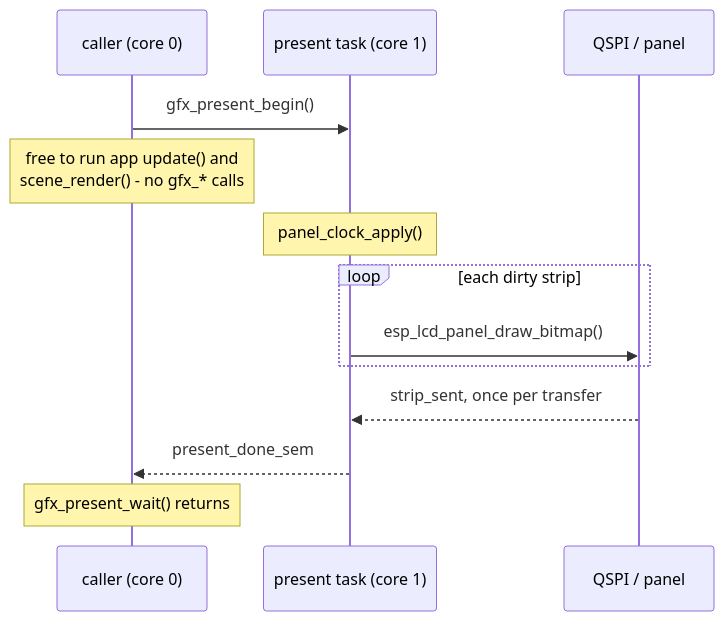
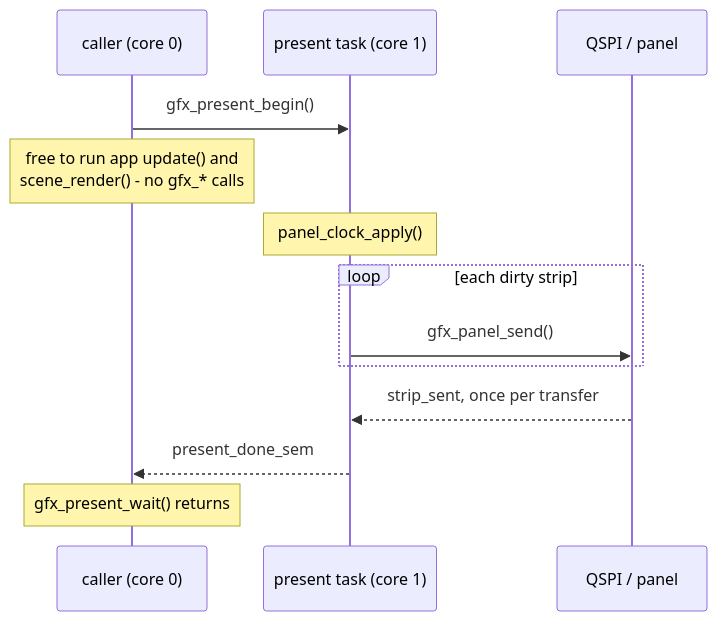
Before and after one commit to jose-villegas/autana: the third of 4 diagrams in docs/gfx/Present.md, drawn with Mermaid. The commit also changed other lines of this file and 21 other files, not shown here.

````diff
--- a/docs/gfx/Present.md
+++ b/docs/gfx/Present.md
@@ -44,15 +69,15 @@
 ```mermaid
 sequenceDiagram
     participant C as caller (core 0)
     participant P as present task (core 1)
     participant Q as QSPI / panel
     C->>P: gfx_present_begin()
     Note over C: free to run app update() and<br/>scene_render() - no gfx_* calls
     Note over P: panel_clock_apply()
     loop each dirty strip
-        P->>Q: esp_lcd_panel_draw_bitmap()
+        P->>Q: gfx_panel_send()
     end
     Q-->>P: strip_sent, once per transfer
     P-->>C: present_done_sem
     Note over C: gfx_present_wait() returns
 ```
````
